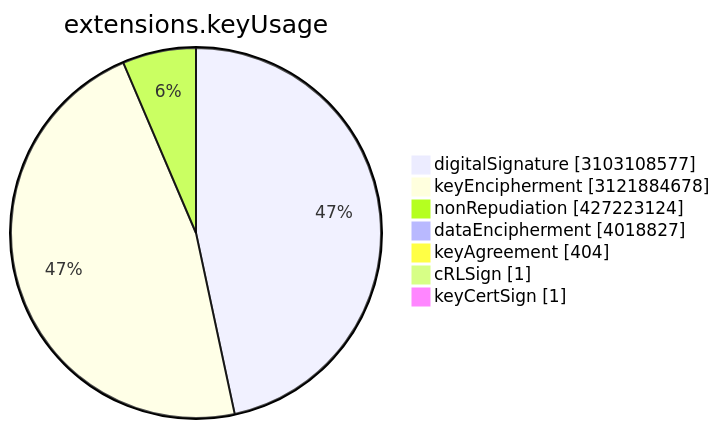
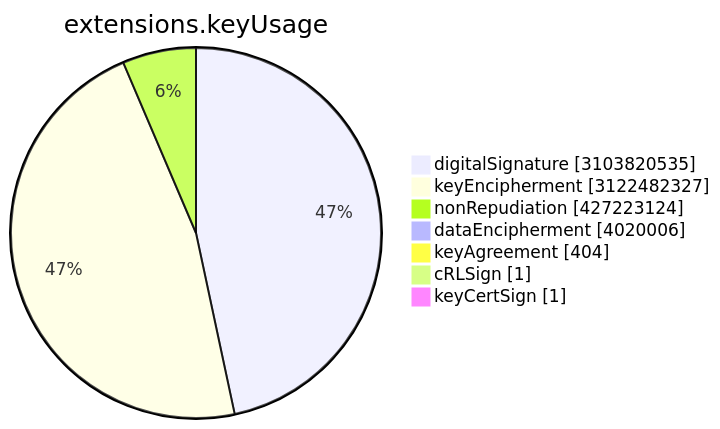
The sixth of 15 diagrams in TOTAL/README.md (christiankrug/ctmonitor_visualization), drawn with Mermaid before and after one commit. The commit also changed other lines of this file, not shown here.

````diff
--- a/TOTAL/README.md
+++ b/TOTAL/README.md
@@ -3077,11 +3077,11 @@
 ```mermaid
 pie showData
 title extensions.keyUsage
-"digitalSignature" :3103108577
-"keyEncipherment" :3121884678
+"digitalSignature" :3103820535
+"keyEncipherment" :3122482327
 "nonRepudiation" :427223124
-"dataEncipherment" :4018827
+"dataEncipherment" :4020006
 "keyAgreement" :404
 "cRLSign" :1
 "keyCertSign" :1
 ```
````
